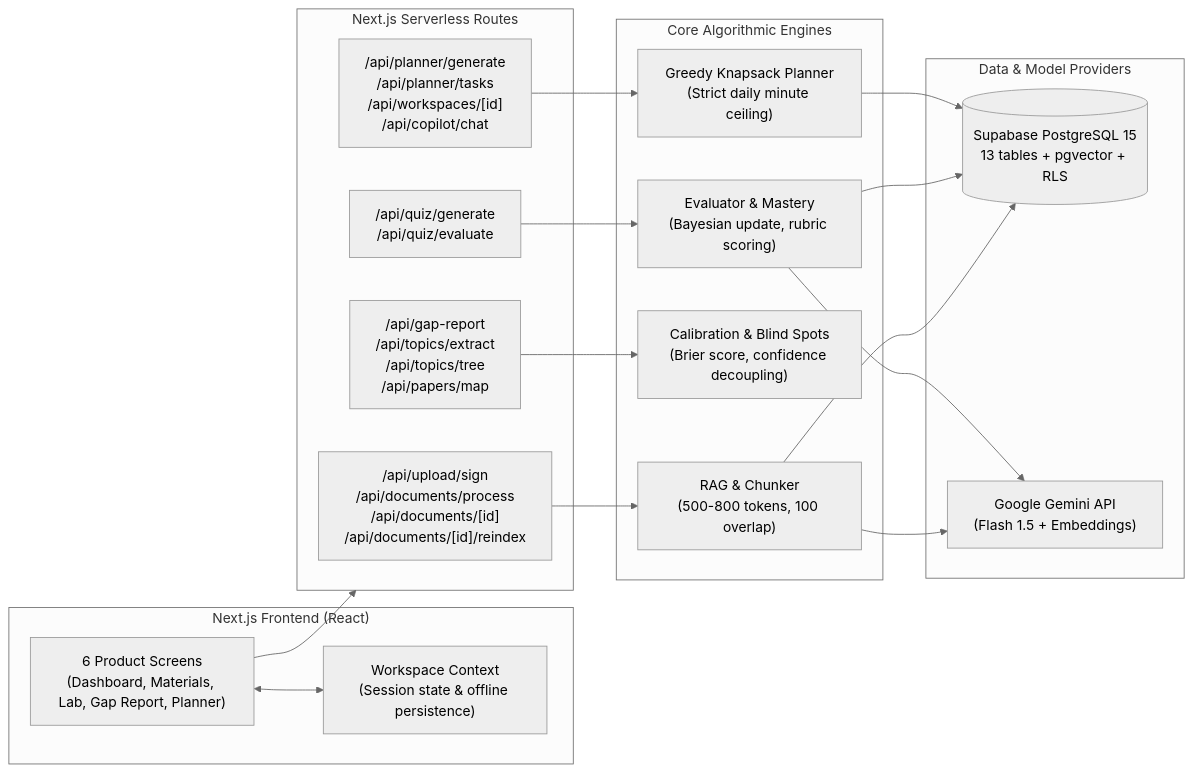
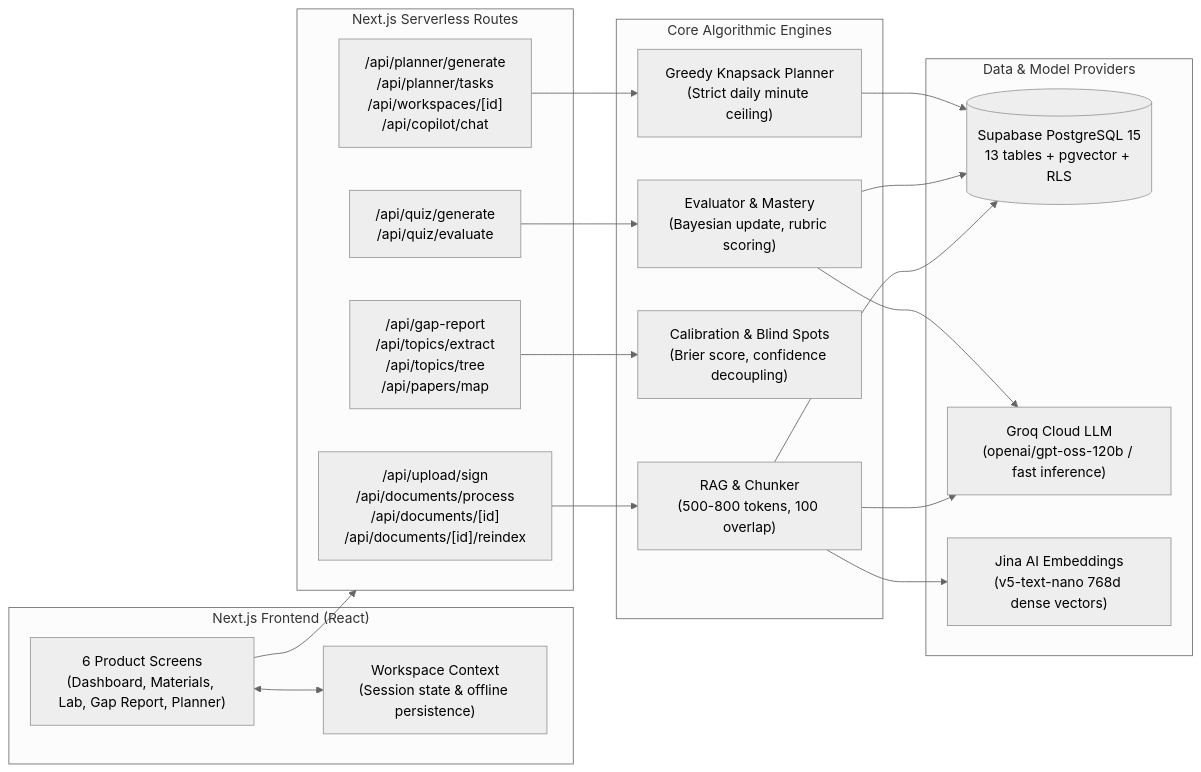
One commit to AnirudhChhabra54/GapLens-AI changed the second of 2 diagrams in README.md. Above: the diagram before and after it, drawn with Mermaid (neutral theme). The commit also changed other lines of this file, not shown here.

Commit message:
docs(readme): update tech stack to Groq and Jina AI, reflect 24h study planner, and update test count

````diff
--- a/README.md
+++ b/README.md
@@ -129,38 +130,40 @@
 ```mermaid
 flowchart LR
     subgraph Client["Next.js Frontend (React)"]
         UI["6 Product Screens\n(Dashboard, Materials, Lab, Gap Report, Planner)"]
         CTX["Workspace Context\n(Session state & offline persistence)"]
         UI <--> CTX
     end
 
     subgraph API["Next.js Serverless Routes"]
         R_UP["/api/upload/sign\n/api/documents/process\n/api/documents/[id]\n/api/documents/[id]/reindex"]
         R_QZ["/api/quiz/generate\n/api/quiz/evaluate"]
         R_GAP["/api/gap-report\n/api/topics/extract\n/api/topics/tree\n/api/papers/map"]
         R_PLN["/api/planner/generate\n/api/planner/tasks\n/api/workspaces/[id]\n/api/copilot/chat"]
     end
 
     subgraph Engines["Core Algorithmic Engines"]
         ENG_RAG["RAG & Chunker\n(500-800 tokens, 100 overlap)"]
         ENG_EVAL["Evaluator & Mastery\n(Bayesian update, rubric scoring)"]
         ENG_CAL["Calibration & Blind Spots\n(Brier score, confidence decoupling)"]
         ENG_SCHED["Greedy Knapsack Planner\n(Strict daily minute ceiling)"]
     end
 
     subgraph Storage["Data & Model Providers"]
         SUPA[("Supabase PostgreSQL 15\n13 tables + pgvector + RLS")]
-        GEMINI["Google Gemini API\n(Flash 1.5 + Embeddings)"]
+        GROQ["Groq Cloud LLM\n(openai/gpt-oss-120b / fast inference)"]
+        JINA["Jina AI Embeddings\n(v5-text-nano 768d dense vectors)"]
     end
 
     UI --> API
     R_UP --> ENG_RAG
     R_QZ --> ENG_EVAL
     R_GAP --> ENG_CAL
     R_PLN --> ENG_SCHED
     ENG_RAG --> SUPA
-    ENG_RAG --> GEMINI
+    ENG_RAG --> JINA
+    ENG_RAG --> GROQ
     ENG_EVAL --> SUPA
-    ENG_EVAL --> GEMINI
+    ENG_EVAL --> GROQ
     ENG_SCHED --> SUPA
 ```
````
